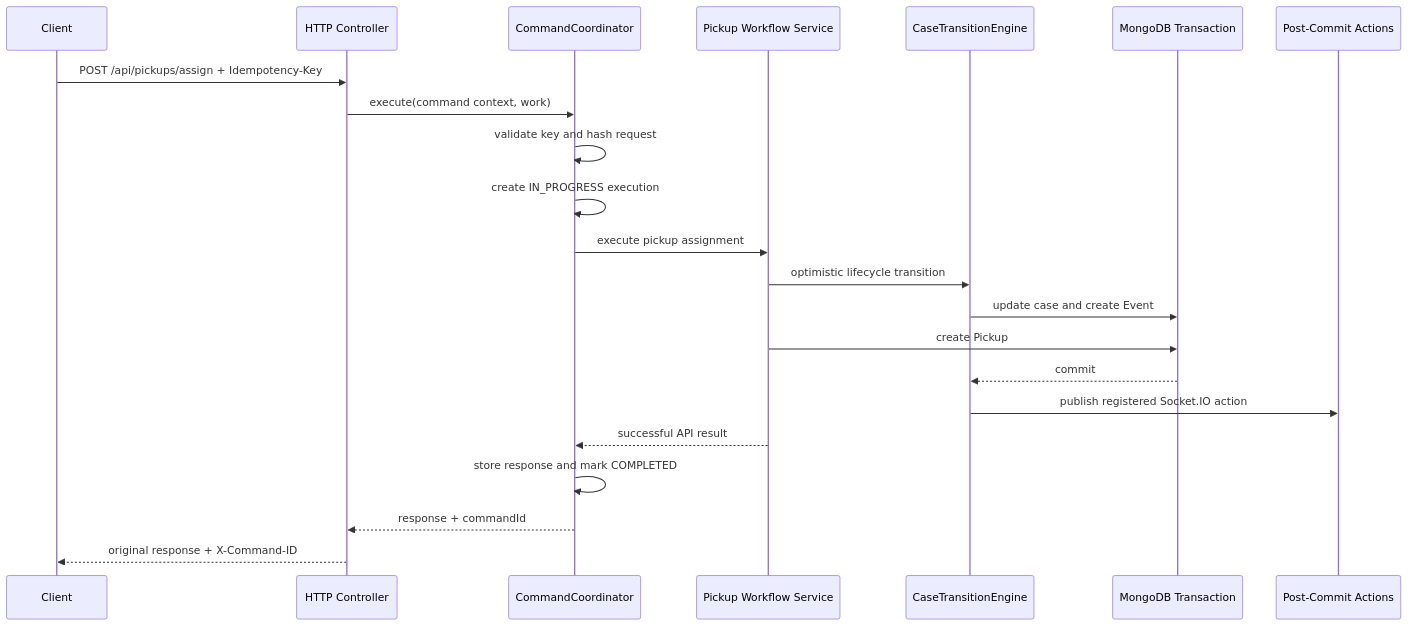
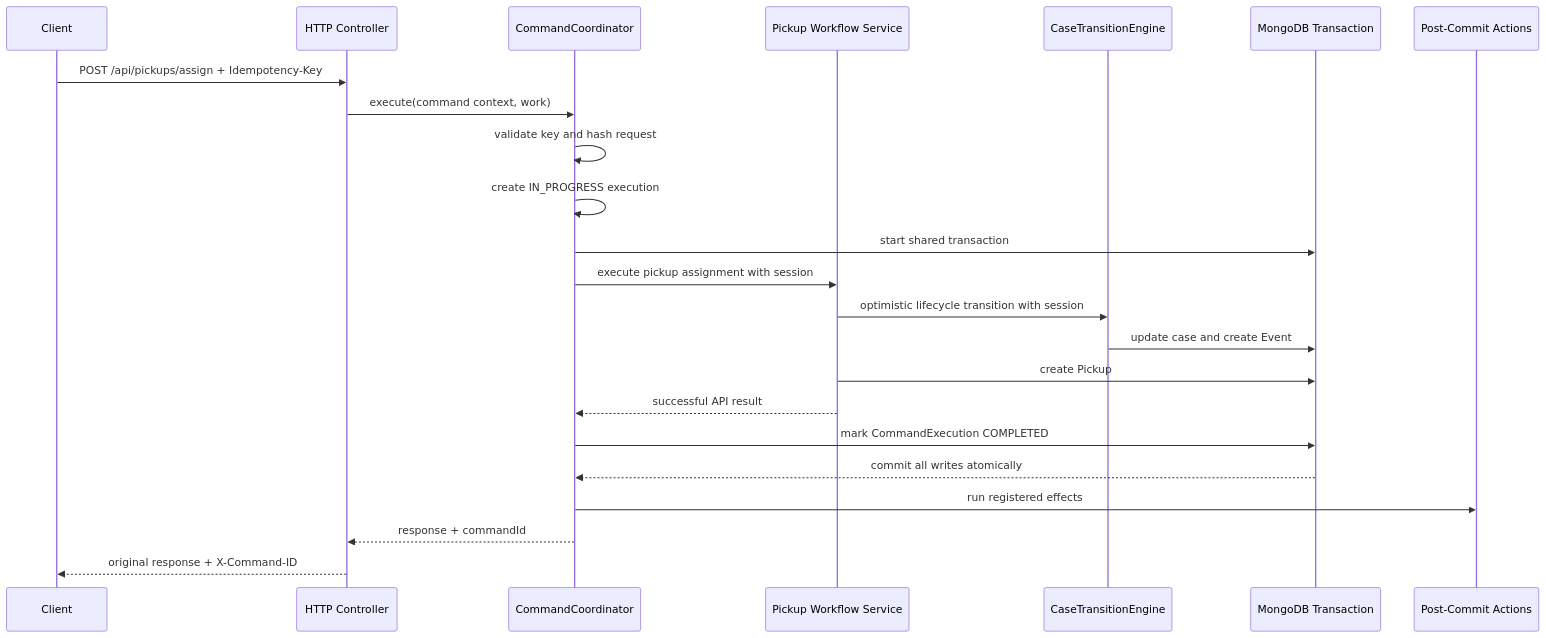
One commit to raghavsingh08/reclaim-loop changed the diagram in docs/architecture/command-coordinator.md. Above: the diagram before and after it, drawn with Mermaid. The commit also changed other lines of this file and 4 other files, not shown here.

````diff
--- a/docs/architecture/command-coordinator.md
+++ b/docs/architecture/command-coordinator.md
@@ -27,25 +27,26 @@
 ```mermaid
 sequenceDiagram
     participant Client
     participant HTTP as HTTP Controller
     participant CC as CommandCoordinator
     participant WS as Pickup Workflow Service
     participant CTE as CaseTransitionEngine
     participant DB as MongoDB Transaction
     participant PC as Post-Commit Actions
 
     Client->>HTTP: POST /api/pickups/assign + Idempotency-Key
     HTTP->>CC: execute(command context, work)
     CC->>CC: validate key and hash request
     CC->>CC: create IN_PROGRESS execution
-    CC->>WS: execute pickup assignment
-    WS->>CTE: optimistic lifecycle transition
+    CC->>DB: start shared transaction
+    CC->>WS: execute pickup assignment with session
+    WS->>CTE: optimistic lifecycle transition with session
     CTE->>DB: update case and create Event
     WS->>DB: create Pickup
-    DB-->>CTE: commit
-    CTE->>PC: publish registered Socket.IO action
     WS-->>CC: successful API result
-    CC->>CC: store response and mark COMPLETED
+    CC->>DB: mark CommandExecution COMPLETED
+    DB-->>CC: commit all writes atomically
+    CC->>PC: run registered effects
     CC-->>HTTP: response + commandId
     HTTP-->>Client: original response + X-Command-ID
 ```
````
